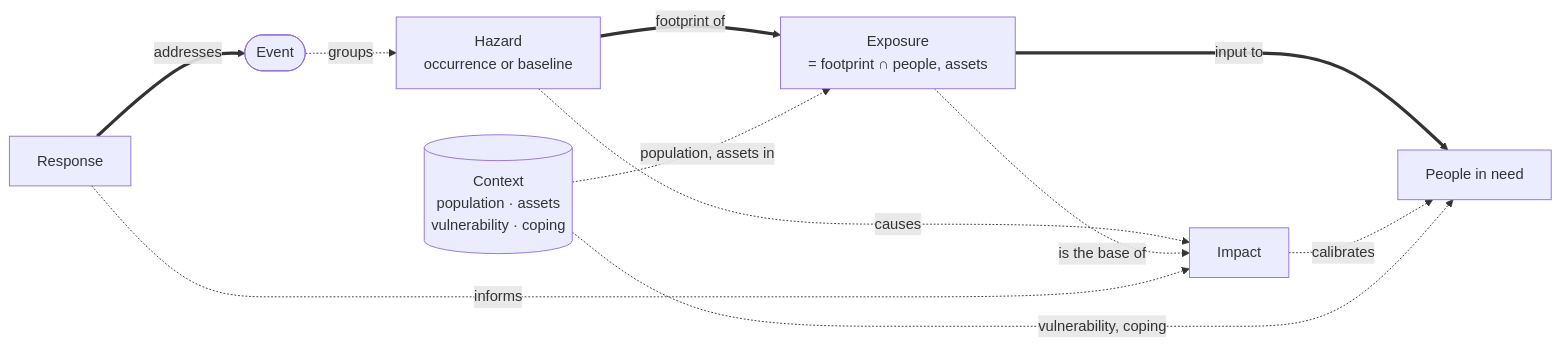
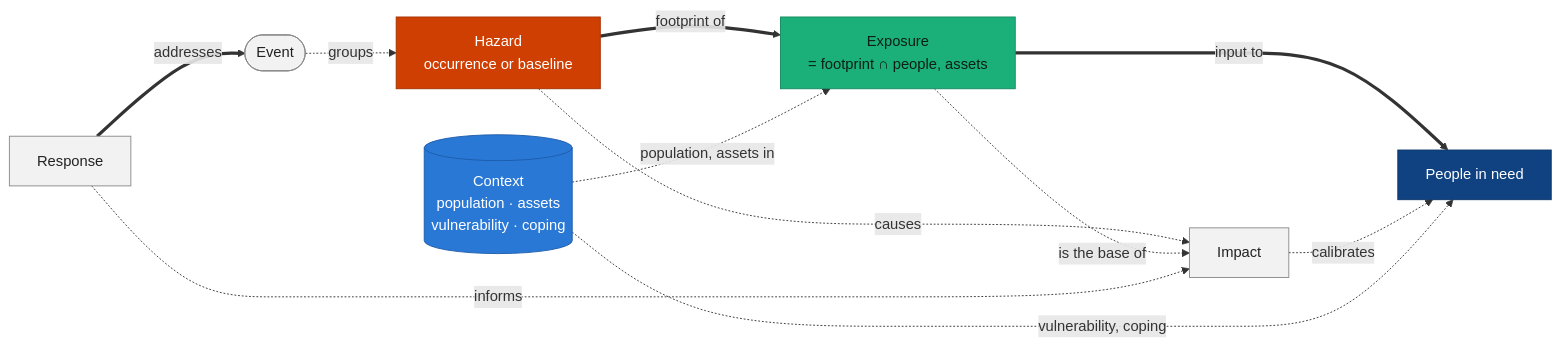
One commit to IFRCGo/monty-stac-extension changed the first of 2 diagrams in slides/2026-10-risk-model-options/slides.md. Above: the diagram before and after it, drawn with Mermaid. The commit also changed other lines of this file and 9 other files, not shown here.

````diff
--- a/slides/2026-10-risk-model-options/slides.md
+++ b/slides/2026-10-risk-model-options/slides.md
@@ -210,21 +257,27 @@
 ```mermaid {scale: 0.5}
 flowchart LR
-    Response[Response]
-    Event([Event])
-    Hazard[Hazard<br/>occurrence or baseline]
-    Exposure[Exposure<br/>= footprint ∩ people, assets]
-    Impact[Impact]
-    Need[People in need]
-    Context[(Context<br/>population · assets<br/>vulnerability · coping)]
+    Response[Response]:::neu
+    Event([Event]):::neu
+    Hazard[Hazard<br/>occurrence or baseline]:::haz
+    Exposure[Exposure<br/>= footprint ∩ people, assets]:::exp
+    Impact[Impact]:::neu
+    Need[People in need]:::need
+    Context[(Context<br/>population · assets<br/>vulnerability · coping)]:::ctx
 
     Response == addresses ==> Event
     Event -. groups .-> Hazard
     Hazard == "footprint of" ==> Exposure
     Hazard -. causes .-> Impact
     Exposure -. "is the base of" .-> Impact
     Exposure == "input to" ==> Need
     Impact -. calibrates .-> Need
     Response -. informs .-> Impact
     Context -. "population, assets in" .-> Exposure
     Context -. "vulnerability, coping" .-> Need
+
+    classDef neu fill:#f2f2f2,stroke:#8a8a8a,color:#222
+    classDef haz fill:#cf3f02,stroke:#a33200,color:#fff
+    classDef exp fill:#1baf7a,stroke:#138a60,color:#0d1f17
+    classDef ctx fill:#2a78d6,stroke:#1c5cab,color:#fff
+    classDef need fill:#104281,stroke:#0d366b,color:#fff
 ```
````
